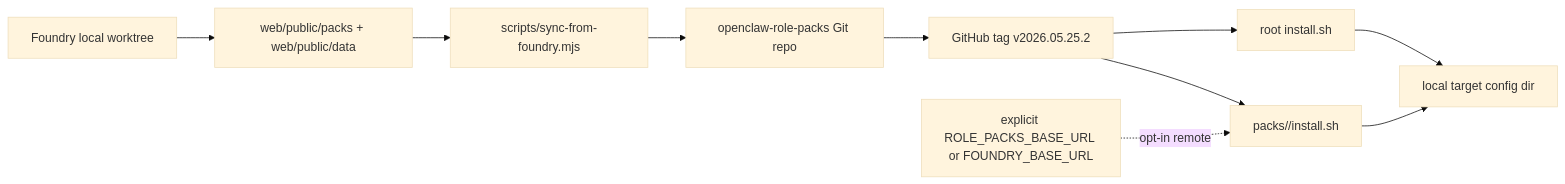
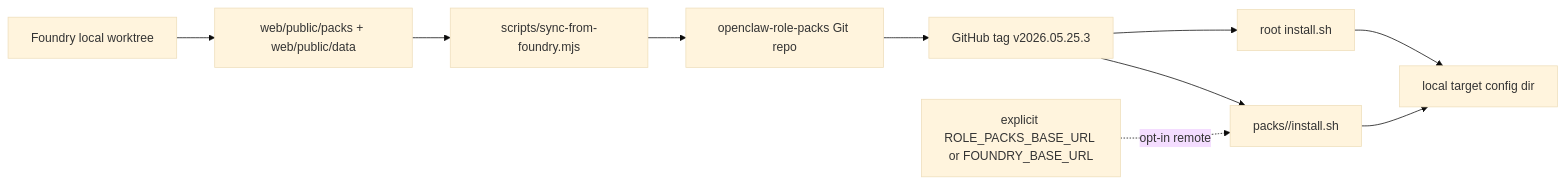
The third of 6 diagrams in doc/00_project/initiative_openclaw_foundry/SYSTEM_ARCHITECTURE.md (MARUCIE/openclaw-foundry), drawn with Mermaid (base theme) before and after one commit. The commit also changed other lines of this file and 77 other files, not shown here.

````diff
--- a/doc/00_project/initiative_openclaw_foundry/SYSTEM_ARCHITECTURE.md
+++ b/doc/00_project/initiative_openclaw_foundry/SYSTEM_ARCHITECTURE.md
@@ -134,12 +134,12 @@
 ```mermaid
 flowchart LR
   A[Foundry local worktree] --> B[web/public/packs + web/public/data]
   B --> C[scripts/sync-from-foundry.mjs]
   C --> D[openclaw-role-packs Git repo]
-  D --> E[GitHub tag v2026.05.25.2]
+  D --> E[GitHub tag v2026.05.25.3]
   E --> F[root install.sh]
   E --> G[packs/<id>/install.sh]
   F --> H[local target config dir]
   G --> H
   I[explicit ROLE_PACKS_BASE_URL or FOUNDRY_BASE_URL] -. opt-in remote .-> G
 ```
````
